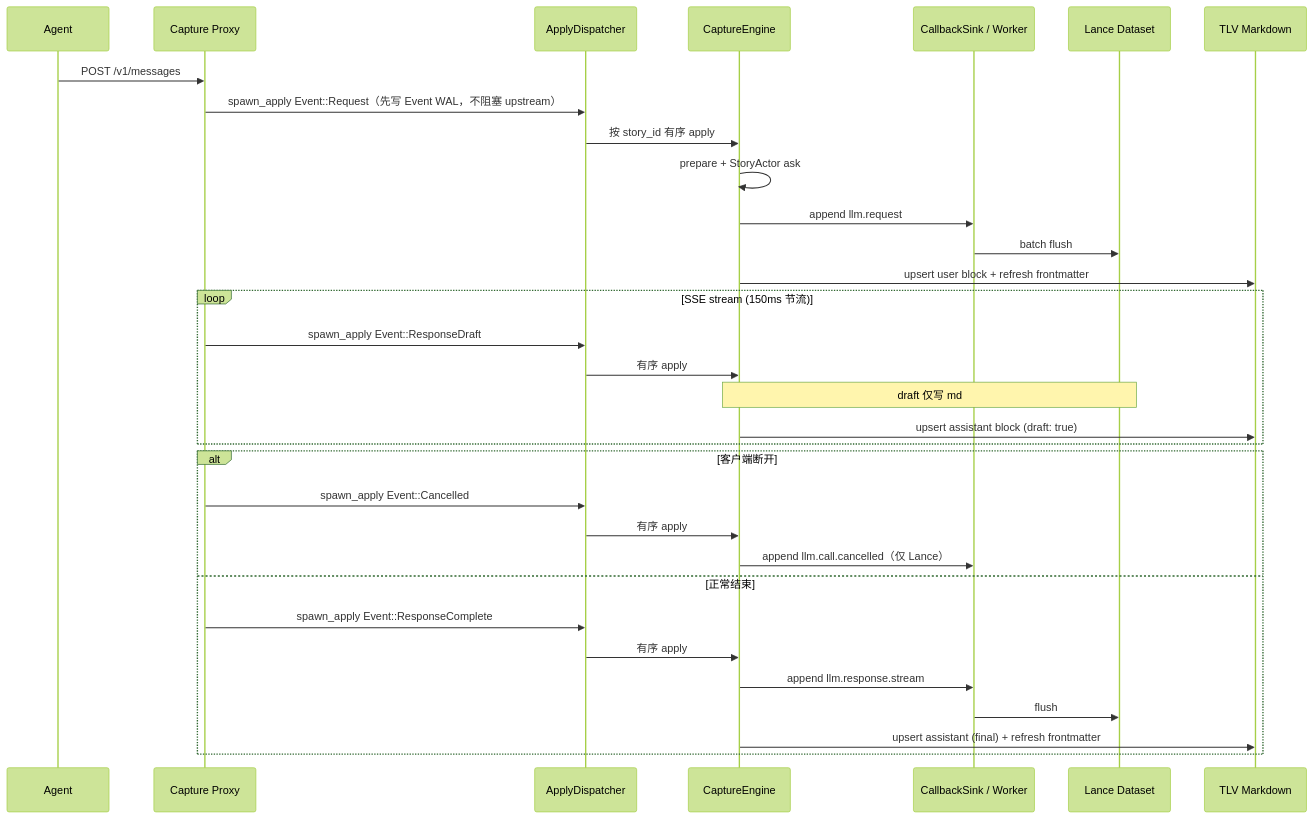
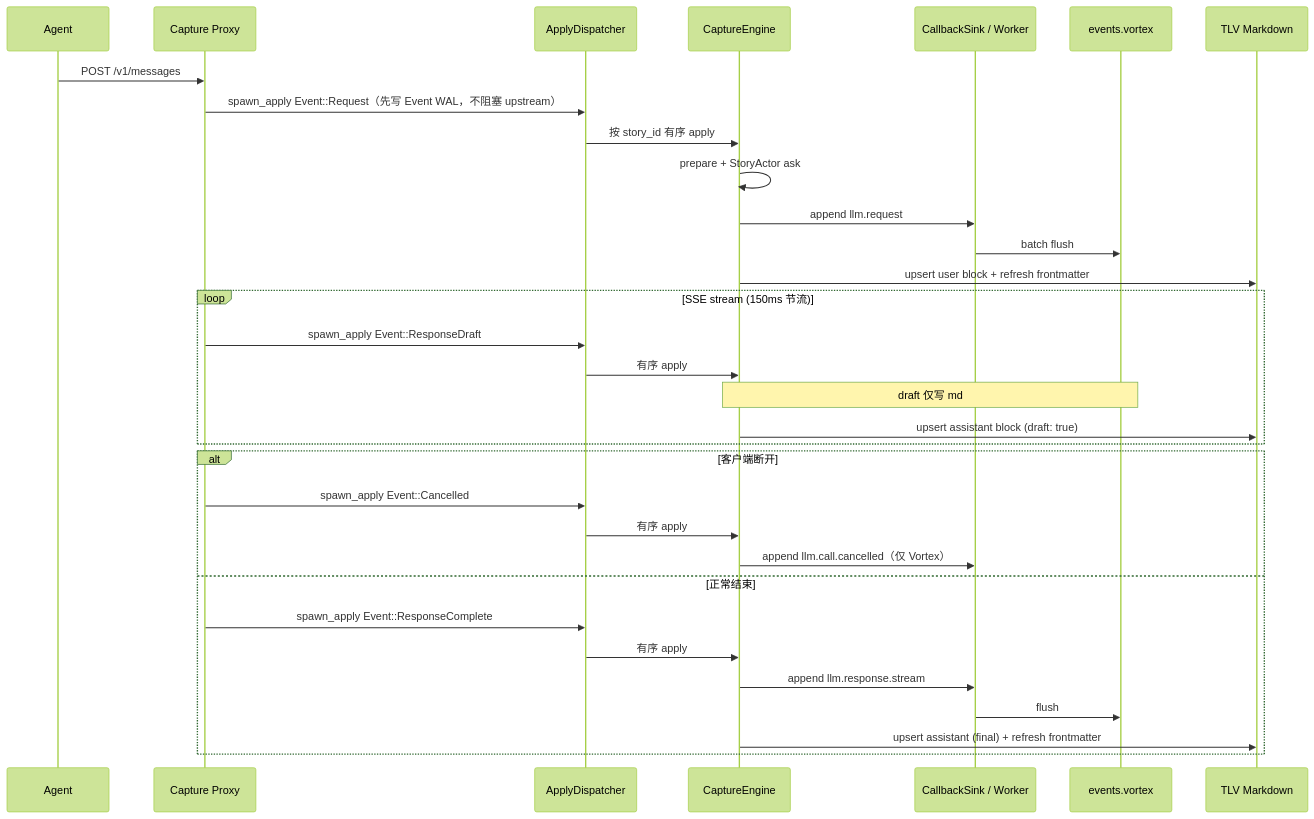
Before and after one commit to DeepLink-org/Persisting: the second of 5 diagrams in docs/src/design/trajectory_storage.zh.md, drawn with Mermaid (forest theme). The commit also changed other lines of this file and 69 other files, not shown here.

First line of the commit message:
Refactor persisting-capture crate to replace Lance references with Vortex

````diff
--- a/docs/src/design/trajectory_storage.zh.md
+++ b/docs/src/design/trajectory_storage.zh.md
@@ -105,38 +104,38 @@
 ```mermaid
 sequenceDiagram
     participant Agent
     participant Proxy as Capture Proxy
     participant Queue as ApplyDispatcher
     participant Engine as CaptureEngine
     participant Sink as CallbackSink / Worker
-    participant Lance as Lance Dataset
+    participant Vortex as events.vortex
     participant MD as TLV Markdown
 
     Agent->>Proxy: POST /v1/messages
 
     Proxy->>Queue: spawn_apply Event::Request（先写 Event WAL，不阻塞 upstream）
     Queue->>Engine: 按 story_id 有序 apply
     Engine->>Engine: prepare + StoryActor ask
     Engine->>Sink: append llm.request
-    Sink->>Lance: batch flush
+    Sink->>Vortex: batch flush
     Engine->>MD: upsert user block + refresh frontmatter
 
     loop SSE stream (150ms 节流)
         Proxy->>Queue: spawn_apply Event::ResponseDraft
         Queue->>Engine: 有序 apply
-        Note over Engine,Lance: draft 仅写 md
+        Note over Engine,Vortex: draft 仅写 md
         Engine->>MD: upsert assistant block (draft: true)
     end
 
     alt 客户端断开
         Proxy->>Queue: spawn_apply Event::Cancelled
         Queue->>Engine: 有序 apply
-        Engine->>Sink: append llm.call.cancelled（仅 Lance）
+        Engine->>Sink: append llm.call.cancelled（仅 Vortex）
     else 正常结束
         Proxy->>Queue: spawn_apply Event::ResponseComplete
         Queue->>Engine: 有序 apply
         Engine->>Sink: append llm.response.stream
-        Sink->>Lance: flush
+        Sink->>Vortex: flush
         Engine->>MD: upsert assistant (final) + refresh frontmatter
     end
 ```
````
